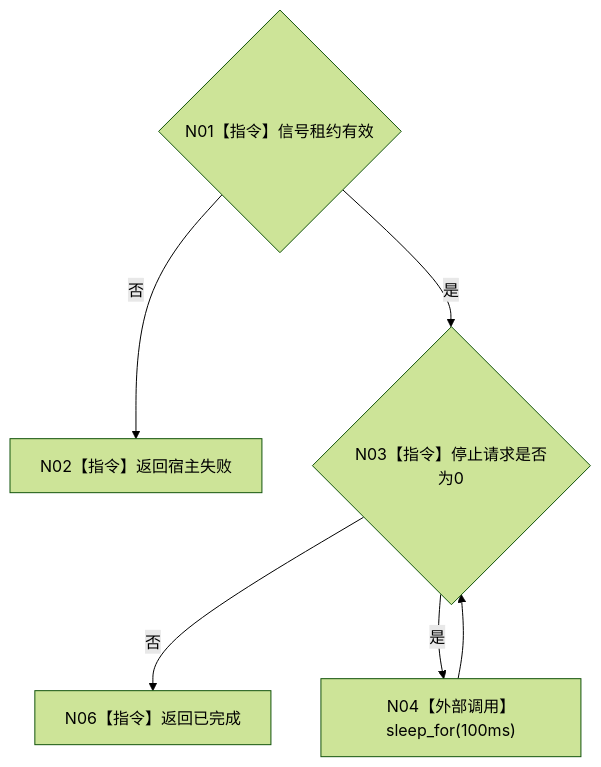
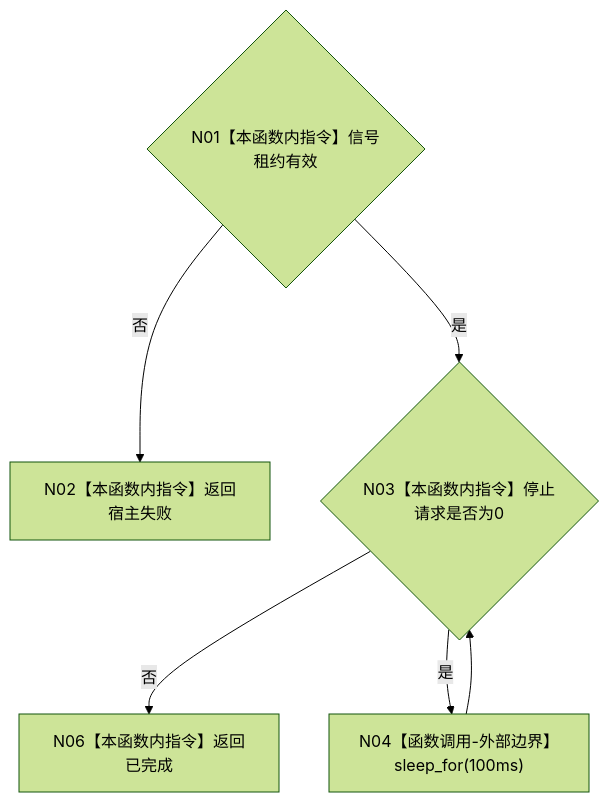
The diagram in 流程图/20260726_ENTRY-ONLY_F14_运行无窗口宿主_施工流程图_v0.1.md (chunhaizh-cyber/HY-Ego), drawn with Mermaid (forest theme) before and after one commit. The commit also changed other lines of this file and 88 other files, not shown here.

````diff
--- a/流程图/20260726_ENTRY-ONLY_F14_运行无窗口宿主_施工流程图_v0.1.md
+++ b/流程图/20260726_ENTRY-ONLY_F14_运行无窗口宿主_施工流程图_v0.1.md
@@ -8,8 +28,8 @@
 ```mermaid
 flowchart TD
-    N01{"N01【指令】信号租约有效"} -- "否" --> N02["N02【指令】返回宿主失败"]
-    N01 -- "是" --> N03{"N03【指令】停止请求是否为0"}
-    N03 -- "否" --> N06["N06【指令】返回已完成"]
-    N03 -- "是" --> N04["N04【外部调用】sleep_for(100ms)"]
+    N01{"N01【本函数内指令】信号租约有效"} -- "否" --> N02["N02【本函数内指令】返回宿主失败"]
+    N01 -- "是" --> N03{"N03【本函数内指令】停止请求是否为0"}
+    N03 -- "否" --> N06["N06【本函数内指令】返回已完成"]
+    N03 -- "是" --> N04["N04【函数调用-外部边界】sleep_for(100ms)"]
     N04 --> N03
 ```
````
